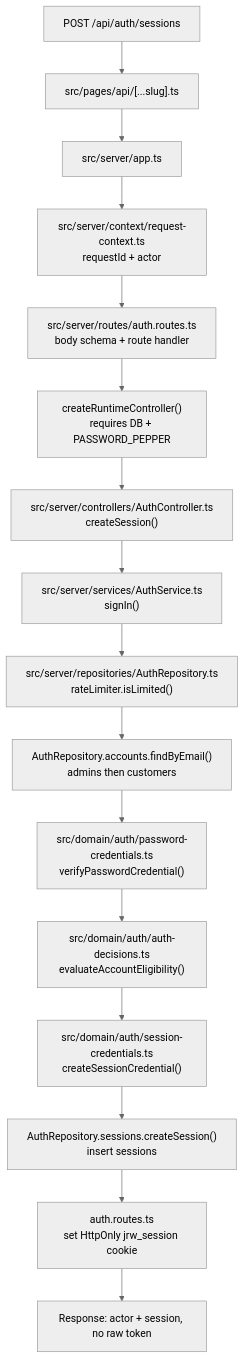
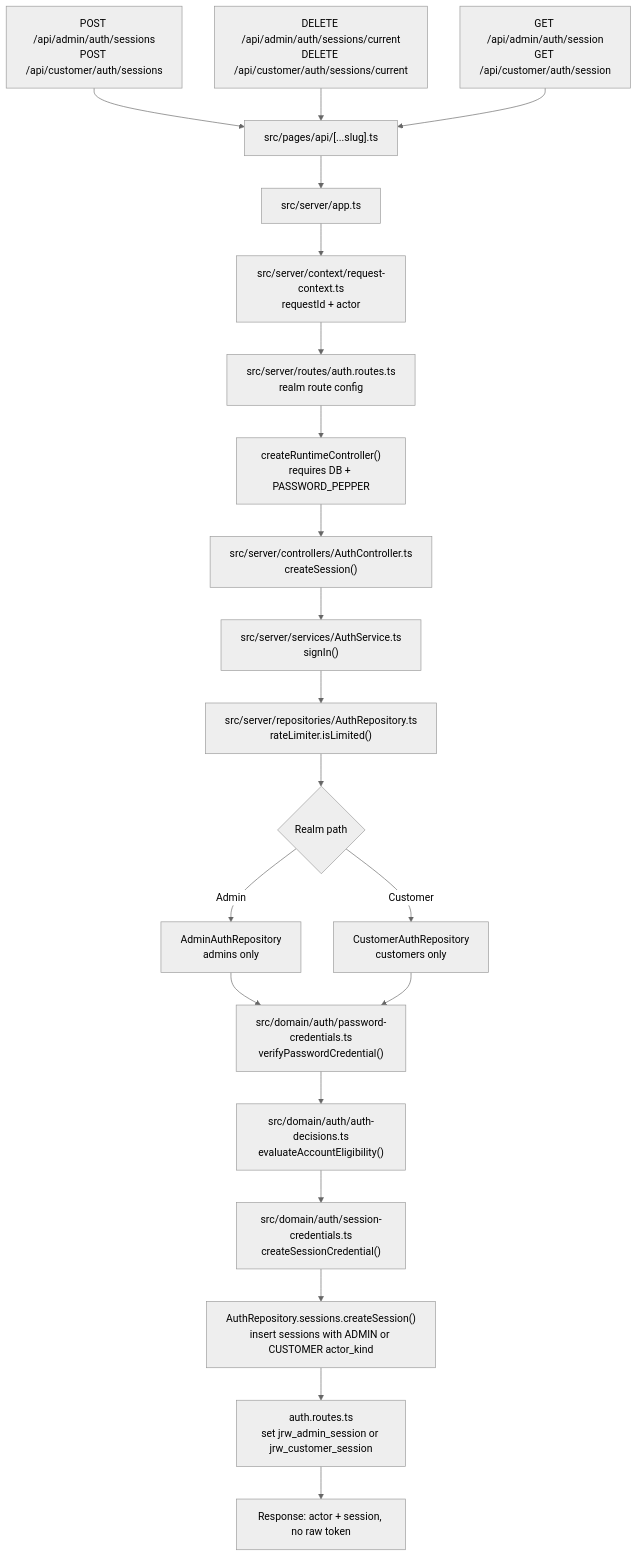
One commit to JeroTan/jrw-webapp changed the fourth of 21 diagrams in docs/api-file-flow.md. Above: the diagram before and after it, drawn with Mermaid (neutral theme). The commit also changed other lines of this file and 37 other files, not shown here.

````diff
--- a/docs/api-file-flow.md
+++ b/docs/api-file-flow.md
@@ -73,18 +73,23 @@
 ```mermaid
 flowchart TD
-  A["POST /api/auth/sessions"] --> B["src/pages/api/[...slug].ts"]
+  A["POST /api/admin/auth/sessions<br/>POST /api/customer/auth/sessions"] --> B["src/pages/api/[...slug].ts"]
+  A2["DELETE /api/admin/auth/sessions/current<br/>DELETE /api/customer/auth/sessions/current"] --> B
+  A3["GET /api/admin/auth/session<br/>GET /api/customer/auth/session"] --> B
   B --> C["src/server/app.ts"]
   C --> D["src/server/context/request-context.ts<br/>requestId + actor"]
-  D --> E["src/server/routes/auth.routes.ts<br/>body schema + route handler"]
+  D --> E["src/server/routes/auth.routes.ts<br/>realm route config"]
   E --> F["createRuntimeController()<br/>requires DB + PASSWORD_PEPPER"]
   F --> G["src/server/controllers/AuthController.ts<br/>createSession()"]
   G --> H["src/server/services/AuthService.ts<br/>signIn()"]
   H --> I["src/server/repositories/AuthRepository.ts<br/>rateLimiter.isLimited()"]
-  I --> J["AuthRepository.accounts.findByEmail()<br/>admins then customers"]
-  J --> K["src/domain/auth/password-credentials.ts<br/>verifyPasswordCredential()"]
-  K --> L["src/domain/auth/auth-decisions.ts<br/>evaluateAccountEligibility()"]
-  L --> M["src/domain/auth/session-credentials.ts<br/>createSessionCredential()"]
-  M --> N["AuthRepository.sessions.createSession()<br/>insert sessions"]
-  N --> O["auth.routes.ts<br/>set HttpOnly jrw_session cookie"]
-  O --> P["Response: actor + session, no raw token"]
+  I --> J{"Realm path"}
+  J -->|"Admin"| K["AdminAuthRepository<br/>admins only"]
+  J -->|"Customer"| L["CustomerAuthRepository<br/>customers only"]
+  K --> M["src/domain/auth/password-credentials.ts<br/>verifyPasswordCredential()"]
+  L --> M
+  M --> N["src/domain/auth/auth-decisions.ts<br/>evaluateAccountEligibility()"]
+  N --> O["src/domain/auth/session-credentials.ts<br/>createSessionCredential()"]
+  O --> P["AuthRepository.sessions.createSession()<br/>insert sessions with ADMIN or CUSTOMER actor_kind"]
+  P --> Q["auth.routes.ts<br/>set jrw_admin_session or jrw_customer_session"]
+  Q --> R["Response: actor + session, no raw token"]
 ```
````
